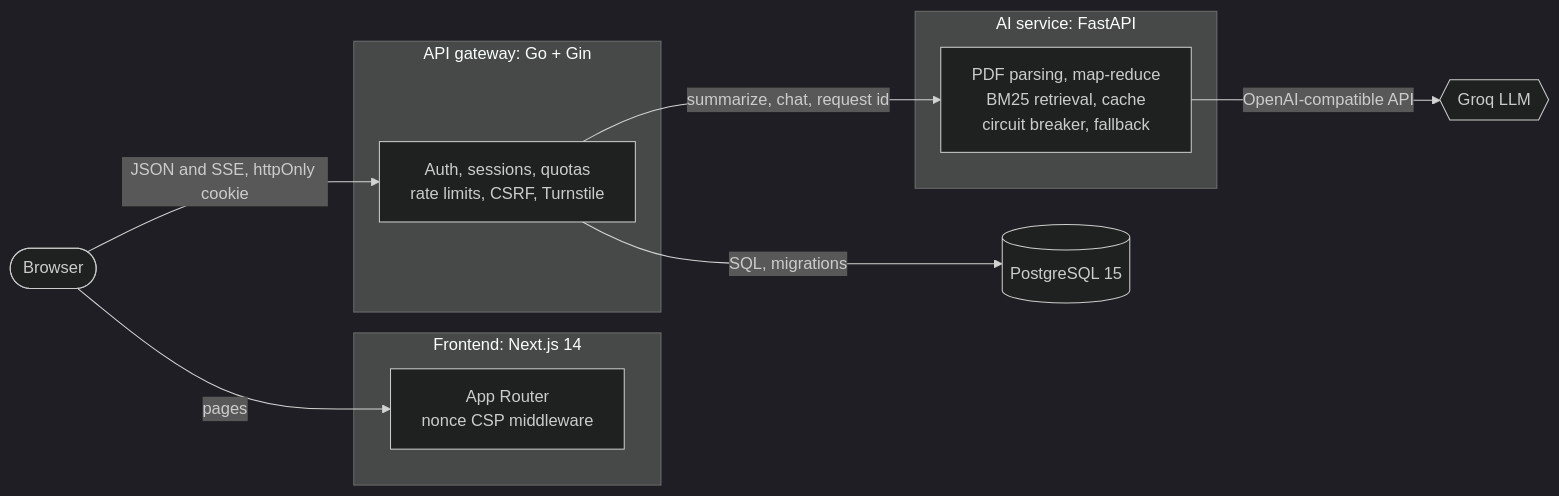
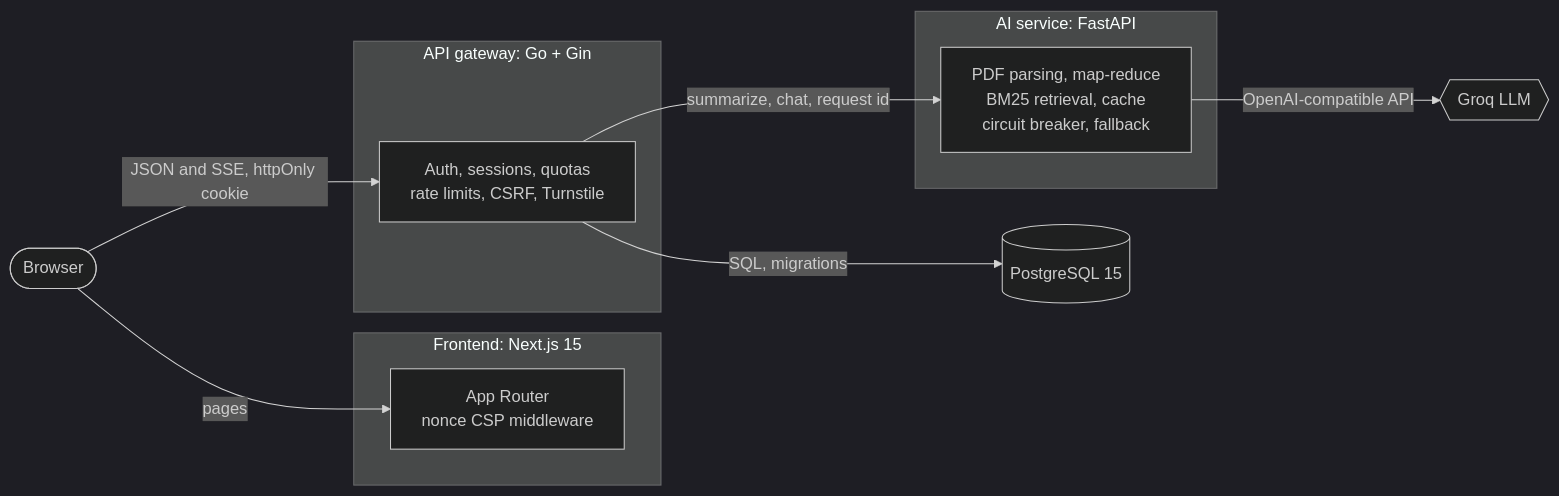
Before and after one commit to Oblutack/Ai-Summarizer: the first of 2 diagrams in README.md, drawn with Mermaid (dark theme). The commit also changed other lines of this file, not shown here.

````diff
--- a/README.md
+++ b/README.md
@@ -95,21 +95,21 @@
 ```mermaid
 flowchart LR
     B([Browser])
-    subgraph FE [Frontend: Next.js 14]
+    subgraph FE [Frontend: Next.js 15]
         N[App Router<br/>nonce CSP middleware]
     end
     subgraph API [API gateway: Go + Gin]
         G[Auth, sessions, quotas<br/>rate limits, CSRF, Turnstile]
     end
     subgraph AI [AI service: FastAPI]
         P[PDF parsing, map-reduce<br/>BM25 retrieval, cache<br/>circuit breaker, fallback]
     end
     DB[(PostgreSQL 15)]
     L{{Groq LLM}}
 
     B -->|pages| N
     B -->|"JSON and SSE, httpOnly cookie"| G
     G -->|SQL, migrations| DB
     G -->|"summarize, chat, request id"| P
     P -->|"OpenAI-compatible API"| L
 ```
````
